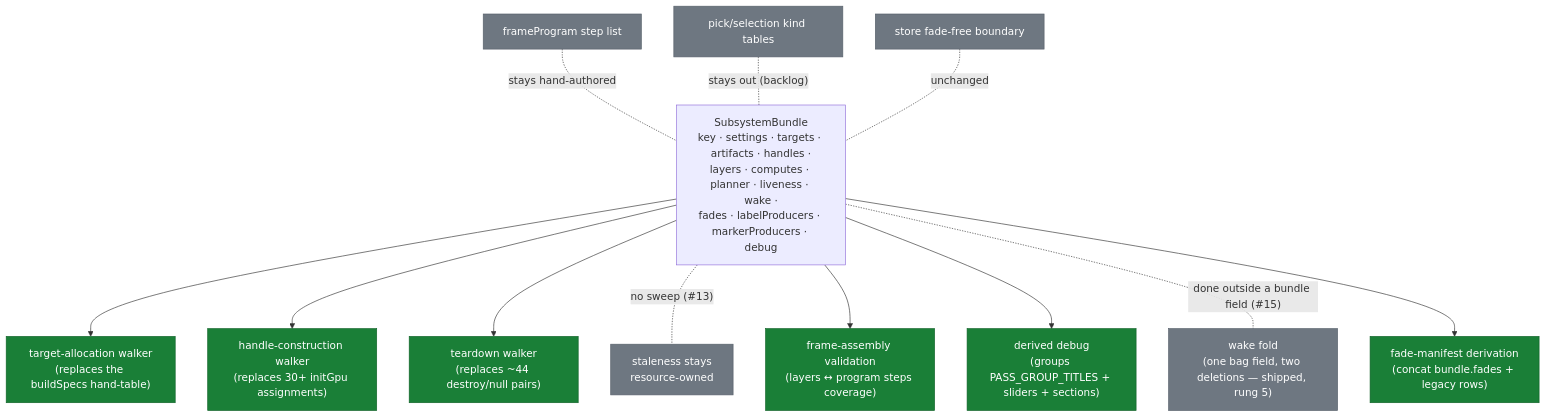
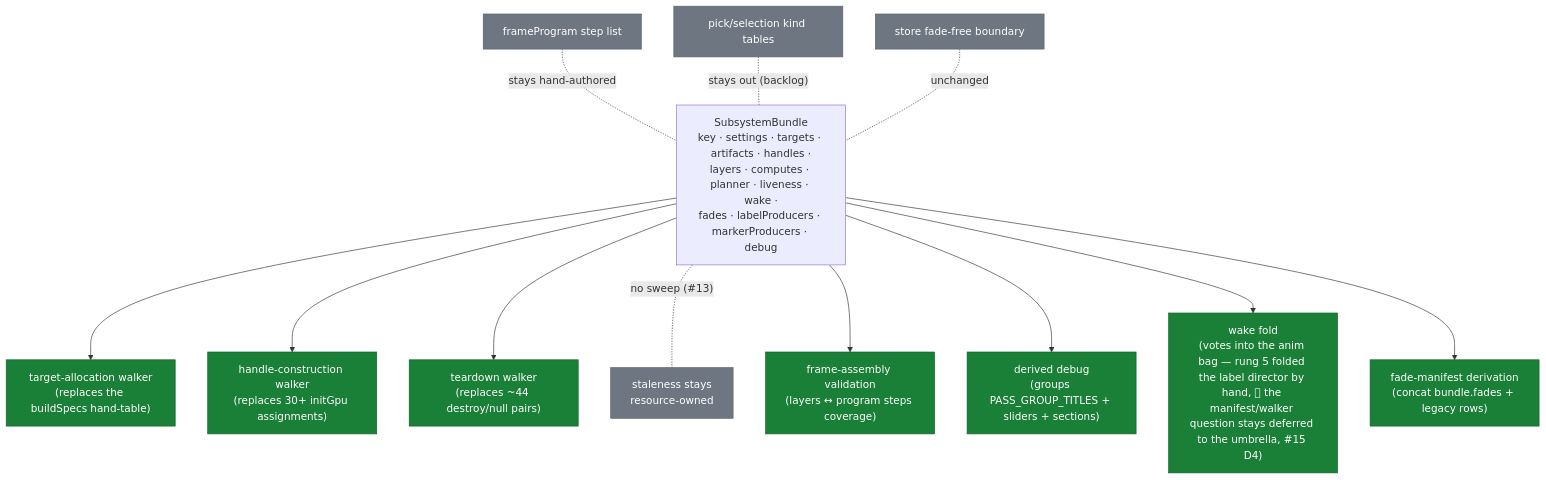
The fifth of 5 diagrams in docs/research/engine/current-contracts-map.md (rulkens/skymap), drawn with Mermaid before and after one commit. The commit also changed 1 other file, not shown here.

Commit message:
docs(research): fix post-trim citations in decision #15; W7 stays deferred
decisions.md's D8/D9 citations into startLoop.ts and wireInput.ts drifted
after 002917037 trimmed those comments to budget, landed after decision #15
was written. Re-verified against the current tree and corrected. Also
reverts current-contracts-map.md's W7 mermaid node to the deferred/
future-walker class: D4 re-defers the accretion question to the umbrella
reassessment rather than closing it, and the contract sketch still carries
a `wake?` field, so W7 isn't a settled "no walker" the way W4's staleness
ruling is.

````diff
--- a/docs/research/engine/current-contracts-map.md
+++ b/docs/research/engine/current-contracts-map.md
@@ -224,19 +224,19 @@
 ```mermaid
 flowchart TD
     B["SubsystemBundle<br/>key · settings · targets · artifacts · handles ·<br/>layers · computes · planner · liveness · wake ·<br/>fades · labelProducers · markerProducers · debug"]
     B --> W1["target-allocation walker<br/>(replaces the buildSpecs hand-table)"]
     B --> W2["handle-construction walker<br/>(replaces 30+ initGpu assignments)"]
     B --> W3["teardown walker<br/>(replaces ~44 destroy/null pairs)"]
     B -. no sweep (#13) .- W4["staleness stays<br/>resource-owned"]
     B --> W5["frame-assembly validation<br/>(layers ↔ program steps coverage)"]
     B --> W6["derived debug<br/>(groups PASS_GROUP_TITLES + sliders + sections)"]
-    B -. done outside a bundle field (#15) .- W7["wake fold<br/>(one bag field, two deletions — shipped, rung 5)"]
+    B --> W7["wake fold<br/>(votes into the anim bag — rung 5 folded the label director by hand, #15; the manifest/walker question stays deferred to the umbrella, #15 D4)"]
     B --> W8["fade-manifest derivation<br/>(concat bundle.fades + legacy rows)"]
     FPX["frameProgram step list"] -. stays hand-authored .- B
     PICKX["pick/selection kind tables"] -. stays out (backlog) .- B
     STOREX["store fade-free boundary"] -. unchanged .- B
     classDef good fill:#1a7f37,stroke:#116329,color:#ffffff
     classDef out fill:#6e7781,stroke:#57606a,color:#ffffff
-    class W1,W2,W3,W5,W6,W8 good
-    class W4,W7,FPX,PICKX,STOREX out
+    class W1,W2,W3,W5,W6,W7,W8 good
+    class W4,FPX,PICKX,STOREX out
 ```
````
